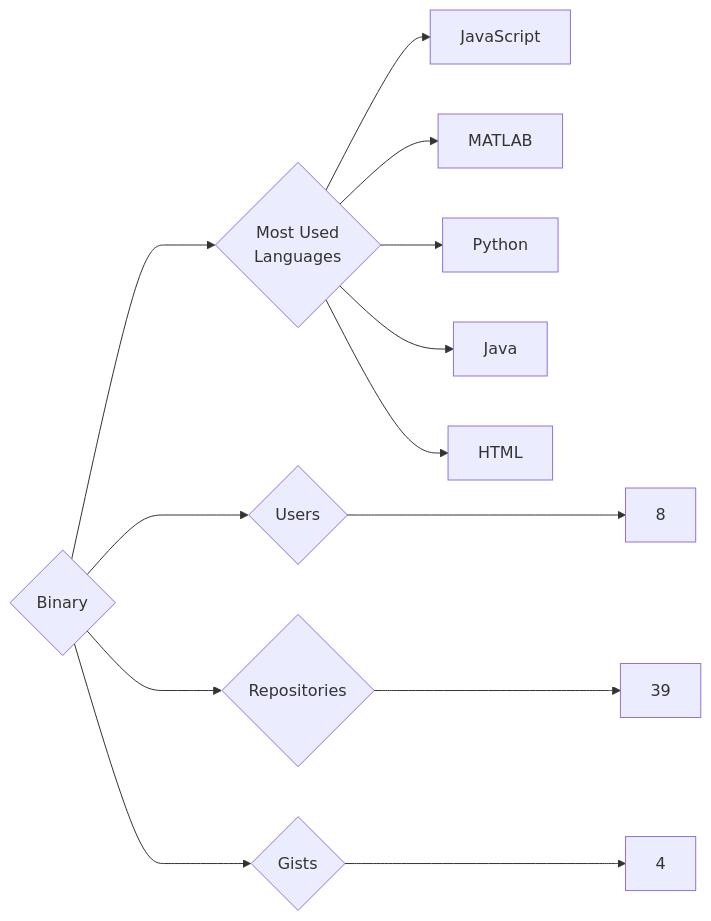
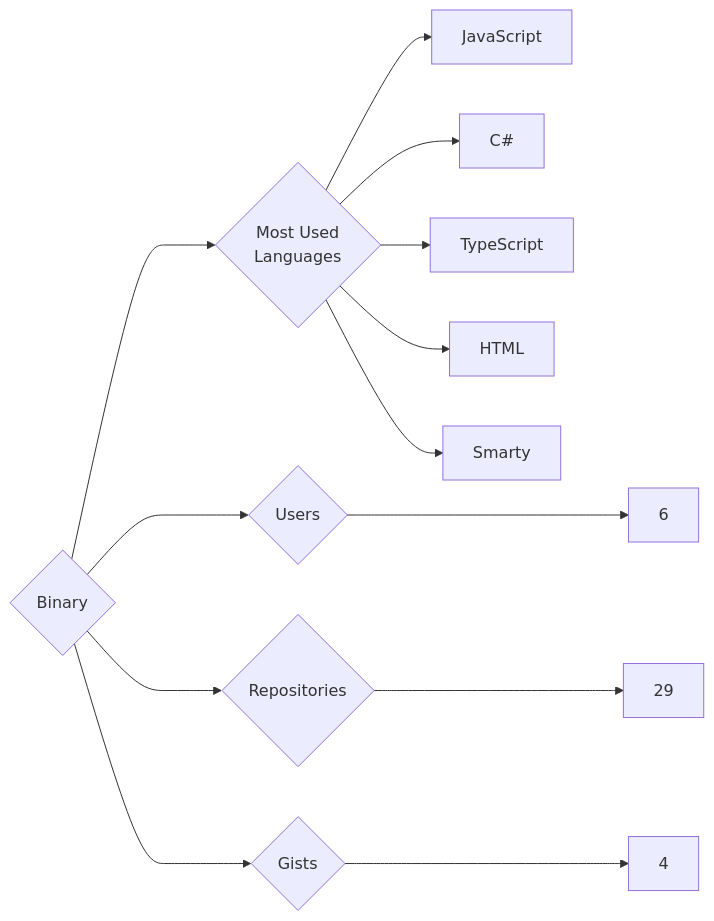
Before and after one commit to trickest/insiders: the diagram in targets/Binary/README.md, drawn with Mermaid. The commit also changed 1084 other files, not shown here.

````diff
--- a/targets/Binary/README.md
+++ b/targets/Binary/README.md
@@ -3,13 +3,13 @@
 ```mermaid
 graph LR
 COMPANY_NAME{Binary}
-COMPANY_NAME ---> U{Users} ---> UN[8]
-COMPANY_NAME ---> R{Repositories} ---> RN[39]
+COMPANY_NAME ---> U{Users} ---> UN[6]
+COMPANY_NAME ---> R{Repositories} ---> RN[29]
 COMPANY_NAME ---> G{Gists} ---> GN[4]
 COMPANY_NAME ---> ML{Most Used<br>Languages}
 ML --> JavaScript[JavaScript]
-ML --> MATLAB[MATLAB]
-ML --> Python[Python]
-ML --> Java[Java]
+ML --> C#[C#]
+ML --> TypeScript[TypeScript]
 ML --> HTML[HTML]
+ML --> Smarty[Smarty]
 ```
````
